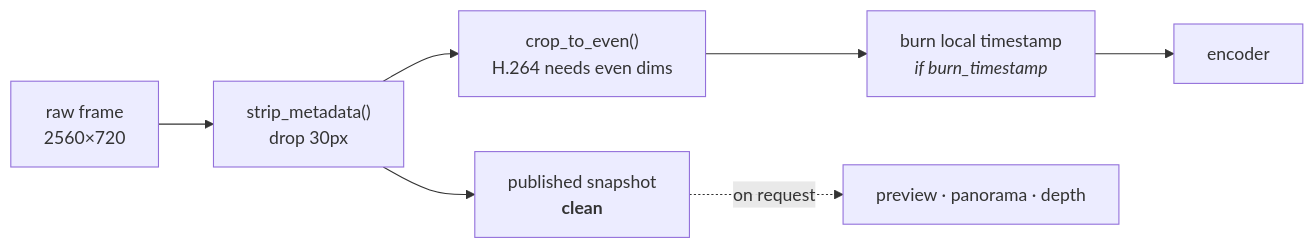
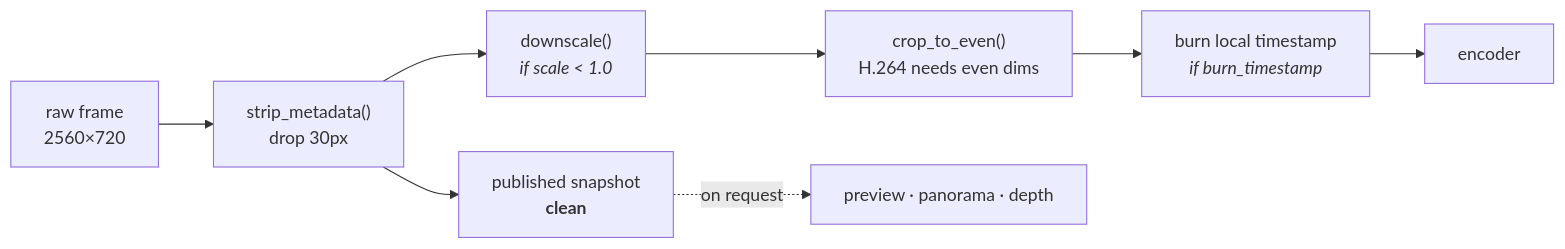
The second of 4 diagrams in docs/recording.md (Life-Experimentalist/Vectra-180), drawn with Mermaid before and after one commit. The commit also changed other lines of this file and 40 other files, not shown here.

````diff
--- a/docs/recording.md
+++ b/docs/recording.md
@@ -119,10 +128,11 @@
 ```mermaid
 flowchart LR
     RAW["raw frame<br/>2560×720"] --> STRIP["strip_metadata()<br/>drop 30px"]
-    STRIP --> EVEN["crop_to_even()<br/>H.264 needs even dims"]
+    STRIP --> SCALE["downscale()<br/><i>if scale &lt; 1.0</i>"]
+    SCALE --> EVEN["crop_to_even()<br/>H.264 needs even dims"]
     EVEN --> BURN["burn local timestamp<br/><i>if burn_timestamp</i>"]
     BURN --> ENC["encoder"]
 
     STRIP --> PUB["published snapshot<br/><b>clean</b>"]
     PUB -.->|"on request"| PREVIEW["preview · panorama · depth"]
 ```
````
